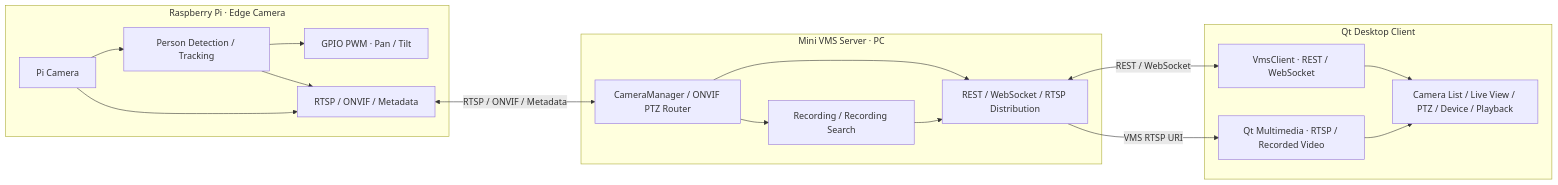
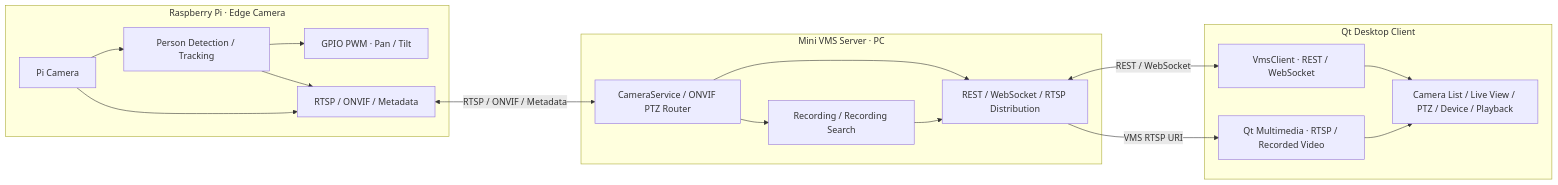
Before and after one commit to PTZ-CAMERA/Qt_Client: the first of 2 diagrams in README.md, drawn with Mermaid. The commit also changed other lines of this file, not shown here.

Commit message:
docs: clarify architecture and cross-project integration

````diff
--- a/README.md
+++ b/README.md
@@ -7,31 +7,31 @@
 ```mermaid
 flowchart LR
     subgraph Pi["Raspberry Pi · Edge Camera"]
         Camera[Pi Camera]
         AI[Person Detection / Tracking]
         Servo[GPIO PWM · Pan / Tilt]
         Services[RTSP / ONVIF / Metadata]
         Camera --> AI
         AI --> Servo
         Camera --> Services
         AI --> Services
     end
     subgraph Server["Mini VMS Server · PC"]
-        VMS[CameraManager / ONVIF PTZ Router]
+        VMS[CameraService / ONVIF PTZ Router]
         REC[Recording / Recording Search]
         API[REST / WebSocket / RTSP Distribution]
         VMS --> API
         VMS --> REC
         REC --> API
     end
     subgraph Desktop["Qt Desktop Client"]
         Client[VmsClient · REST / WebSocket]
         Video[Qt Multimedia · RTSP / Recorded Video]
         UI[Camera List / Live View / PTZ / Device / Playback]
         Client --> UI
         Video --> UI
     end
     Services <-->|RTSP / ONVIF / Metadata| VMS
     API <-->|REST / WebSocket| Client
     API -->|VMS RTSP URI| Video
 ```
````
